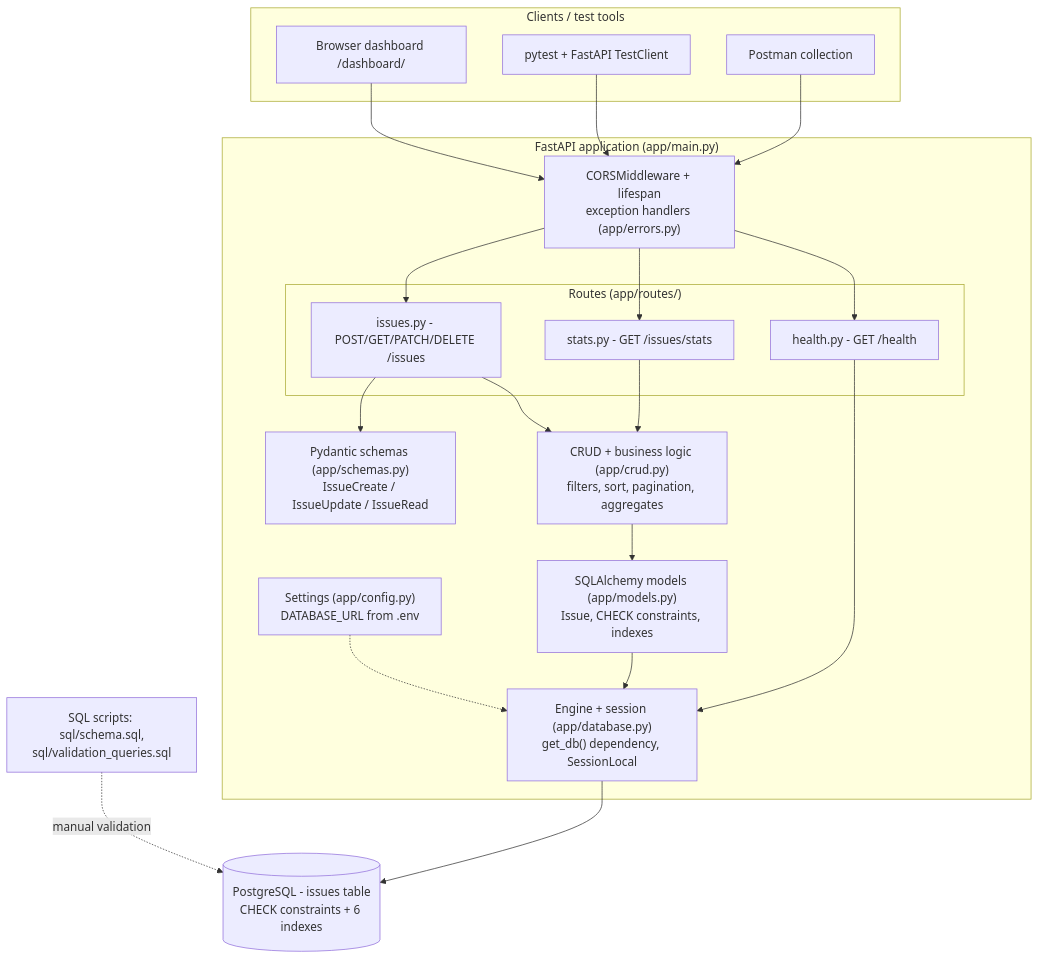
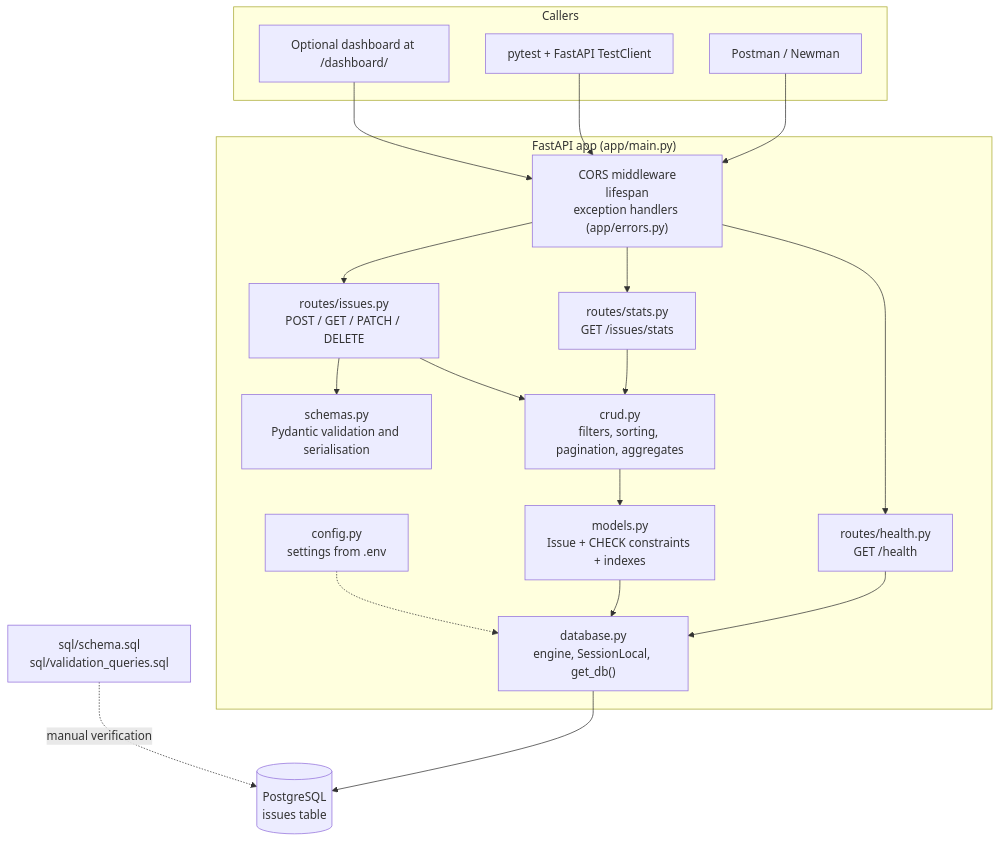
The diagram in README.md (strivo23/rest-api-testing-db-validation), drawn with Mermaid before and after one commit. The commit also changed other lines of this file and 1 other file, not shown here.

````diff
--- a/README.md
+++ b/README.md
@@ -106,41 +81,39 @@
 ```mermaid
 flowchart TB
-    subgraph Clients["Clients / test tools"]
-        PM["Postman collection"]
+    subgraph Clients["Callers"]
+        PM["Postman / Newman"]
         PT["pytest + FastAPI TestClient"]
-        BR["Browser dashboard /dashboard/"]
+        BR["Optional dashboard at /dashboard/"]
     end
 
-    subgraph App["FastAPI application (app/main.py)"]
-        MW["CORSMiddleware + lifespan<br/>exception handlers (app/errors.py)"]
-        subgraph Routers["Routes (app/routes/)"]
-            R1["health.py - GET /health"]
-            R2["stats.py - GET /issues/stats"]
-            R3["issues.py - POST/GET/PATCH/DELETE /issues"]
-        end
-        SCH["Pydantic schemas (app/schemas.py)<br/>IssueCreate / IssueUpdate / IssueRead"]
-        CRUD["CRUD + business logic (app/crud.py)<br/>filters, sort, pagination, aggregates"]
-        ORM["SQLAlchemy models (app/models.py)<br/>Issue, CHECK constraints, indexes"]
-        DB["Engine + session (app/database.py)<br/>get_db() dependency, SessionLocal"]
-        CFG["Settings (app/config.py)<br/>DATABASE_URL from .env"]
+    subgraph App["FastAPI app (app/main.py)"]
+        MW["CORS middleware<br/>lifespan<br/>exception handlers (app/errors.py)"]
+        R1["routes/health.py<br/>GET /health"]
+        R2["routes/stats.py<br/>GET /issues/stats"]
+        R3["routes/issues.py<br/>POST / GET / PATCH / DELETE"]
+        SCH["schemas.py<br/>Pydantic validation and serialisation"]
+        CRUD["crud.py<br/>filters, sorting, pagination, aggregates"]
+        ORM["models.py<br/>Issue + CHECK constraints + indexes"]
+        DB["database.py<br/>engine, SessionLocal, get_db()"]
+        CFG["config.py<br/>settings from .env"]
     end
 
-    PG[("PostgreSQL - issues table<br/>CHECK constraints + 6 indexes")]
-    SQL["SQL scripts: sql/schema.sql,<br/>sql/validation_queries.sql"]
+    PG[("PostgreSQL<br/>issues table")]
+    SQL["sql/schema.sql<br/>sql/validation_queries.sql"]
 
     PM --> MW
     PT --> MW
     BR --> MW
     MW --> R1
     MW --> R2
     MW --> R3
     R1 --> DB
     R2 --> CRUD
     R3 --> SCH
     R3 --> CRUD
     CRUD --> ORM
     ORM --> DB
     DB --> PG
     CFG -.-> DB
-    SQL -.->|manual validation| PG
+    SQL -.->|manual verification| PG
 ```
````
